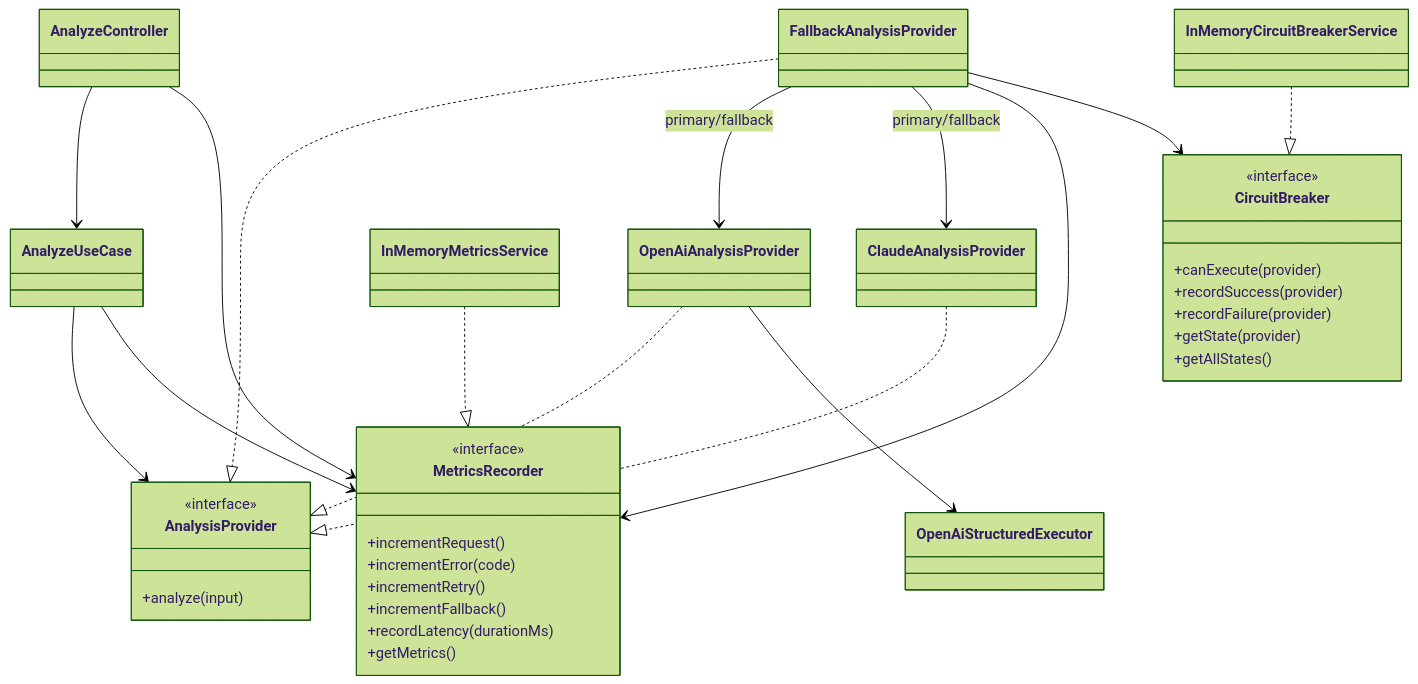
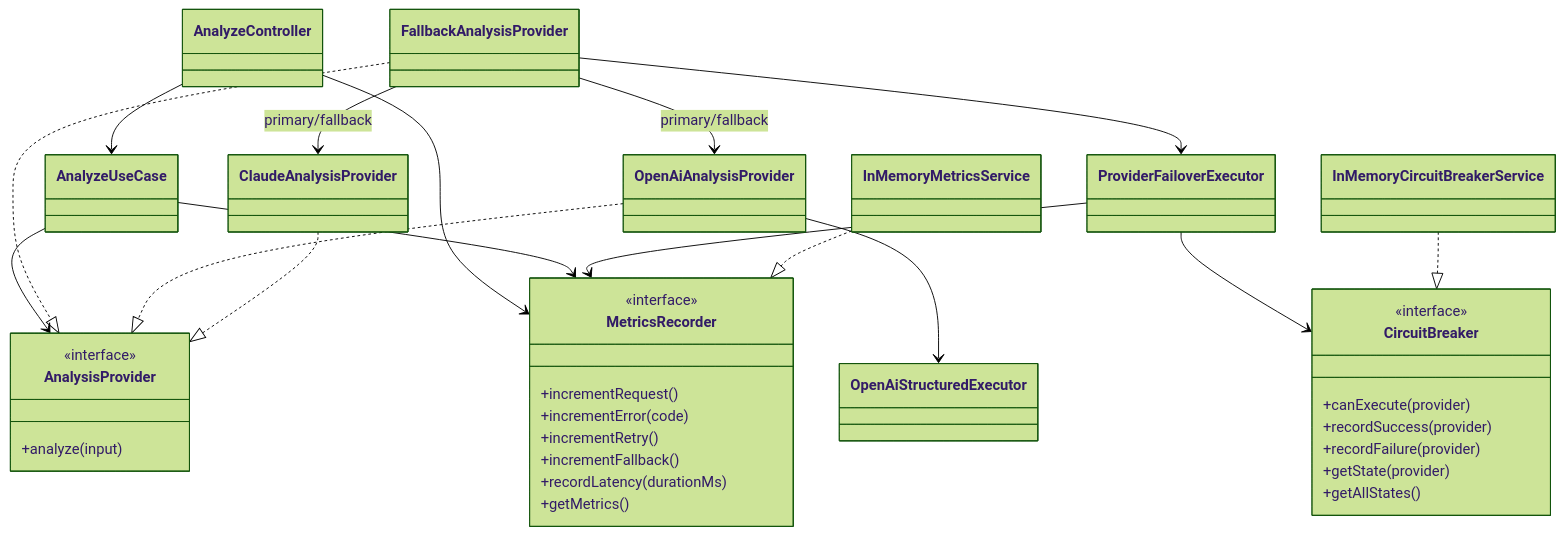
One commit to gustavoarielms/ai-orchestrator changed the diagram in docs/diagrams/analyze-class-diagram.md. Above: the diagram before and after it, drawn with Mermaid (forest theme). The commit also changed 4 other files, not shown here.

First line of the commit message:
docs(architecture): align diagrams and docs with shared failover strategy

````diff
--- a/docs/diagrams/analyze-class-diagram.md
+++ b/docs/diagrams/analyze-class-diagram.md
@@ -3,56 +3,58 @@
 ```mermaid
 classDiagram
     class AnalyzeController
     class AnalyzeUseCase
     class OpenAiStructuredExecutor
+    class ProviderFailoverExecutor
 
     class AnalysisProvider {
       <<interface>>
       +analyze(input)
     }
 
     class FallbackAnalysisProvider
     class OpenAiAnalysisProvider
     class ClaudeAnalysisProvider
 
     class MetricsRecorder {
       <<interface>>
       +incrementRequest()
       +incrementError(code)
       +incrementRetry()
       +incrementFallback()
       +recordLatency(durationMs)
       +getMetrics()
     }
 
     class InMemoryMetricsService
 
     class CircuitBreaker {
       <<interface>>
       +canExecute(provider)
       +recordSuccess(provider)
       +recordFailure(provider)
       +getState(provider)
       +getAllStates()
     }
 
     class InMemoryCircuitBreakerService
 
     AnalyzeController --> AnalyzeUseCase
     AnalyzeController --> MetricsRecorder
     AnalyzeUseCase --> AnalysisProvider
     AnalyzeUseCase --> MetricsRecorder
 
     FallbackAnalysisProvider ..|> AnalysisProvider
     OpenAiAnalysisProvider ..|> AnalysisProvider
     ClaudeAnalysisProvider ..|> AnalysisProvider
 
     FallbackAnalysisProvider --> OpenAiAnalysisProvider : primary/fallback
     FallbackAnalysisProvider --> ClaudeAnalysisProvider : primary/fallback
-    FallbackAnalysisProvider --> MetricsRecorder
-    FallbackAnalysisProvider --> CircuitBreaker
+    FallbackAnalysisProvider --> ProviderFailoverExecutor
     OpenAiAnalysisProvider --> OpenAiStructuredExecutor
 
+    ProviderFailoverExecutor --> MetricsRecorder
+    ProviderFailoverExecutor --> CircuitBreaker
     InMemoryMetricsService ..|> MetricsRecorder
     InMemoryCircuitBreakerService ..|> CircuitBreaker
 ```
````
